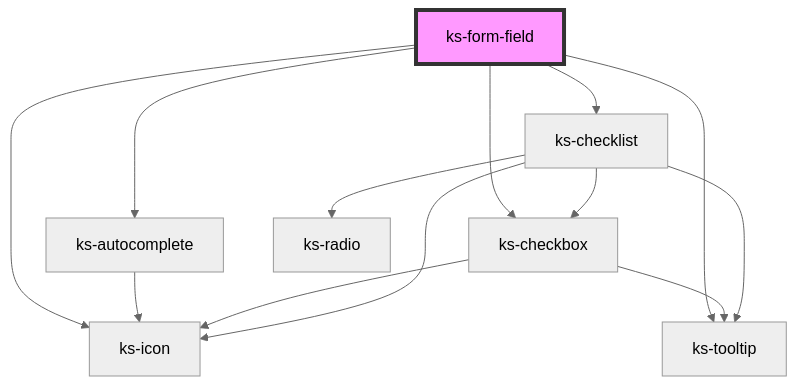
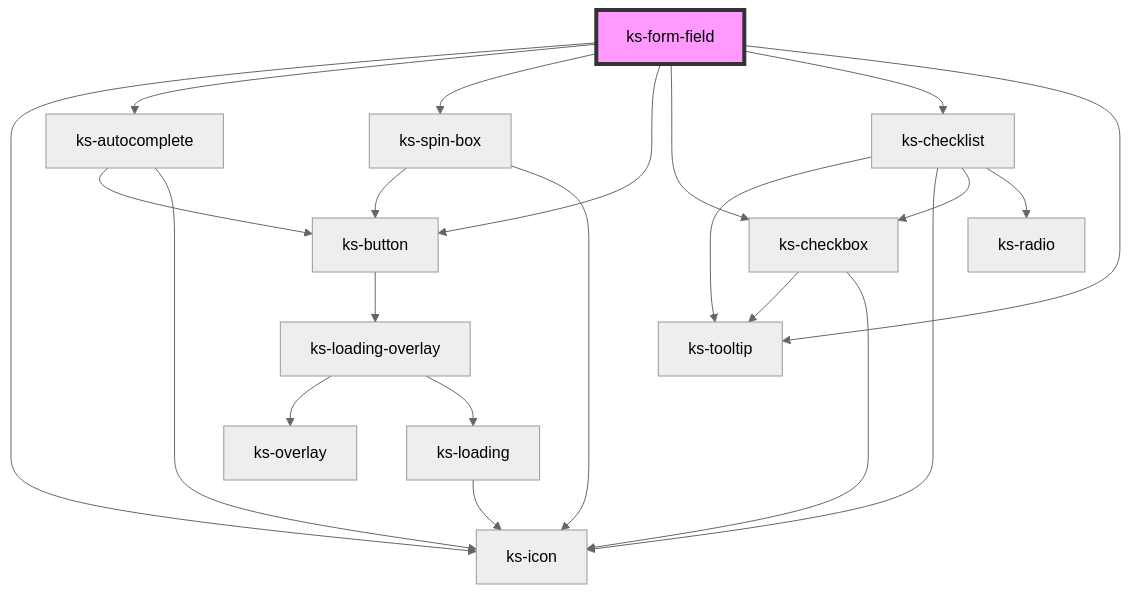
The diagram in src/scripts/components/form-field/readme.md (kickstand-ui/kickstand-ui), drawn with Mermaid (neutral theme) before and after one commit. The commit also changed other lines of this file and 405 other files, not shown here.

````diff
--- a/src/scripts/components/form-field/readme.md
+++ b/src/scripts/components/form-field/readme.md
@@ -79,16 +84,25 @@
 ```mermaid
 graph TD;
   ks-form-field --> ks-icon
   ks-form-field --> ks-autocomplete
+  ks-form-field --> ks-spin-box
+  ks-form-field --> ks-button
   ks-form-field --> ks-checkbox
   ks-form-field --> ks-checklist
   ks-form-field --> ks-tooltip
+  ks-autocomplete --> ks-button
   ks-autocomplete --> ks-icon
+  ks-button --> ks-loading-overlay
+  ks-loading-overlay --> ks-overlay
+  ks-loading-overlay --> ks-loading
+  ks-loading --> ks-icon
+  ks-spin-box --> ks-button
+  ks-spin-box --> ks-icon
   ks-checkbox --> ks-tooltip
   ks-checkbox --> ks-icon
   ks-checklist --> ks-tooltip
   ks-checklist --> ks-icon
   ks-checklist --> ks-checkbox
   ks-checklist --> ks-radio
   style ks-form-field fill:#f9f,stroke:#333,stroke-width:4px
 ```
````
